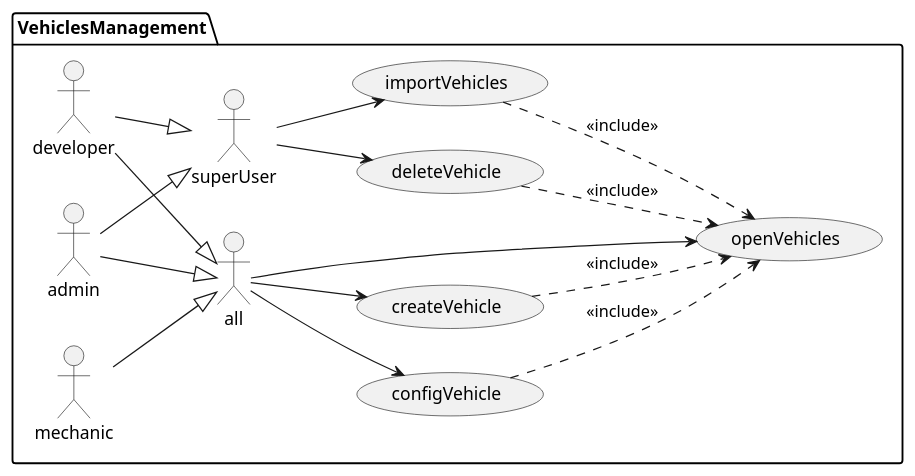
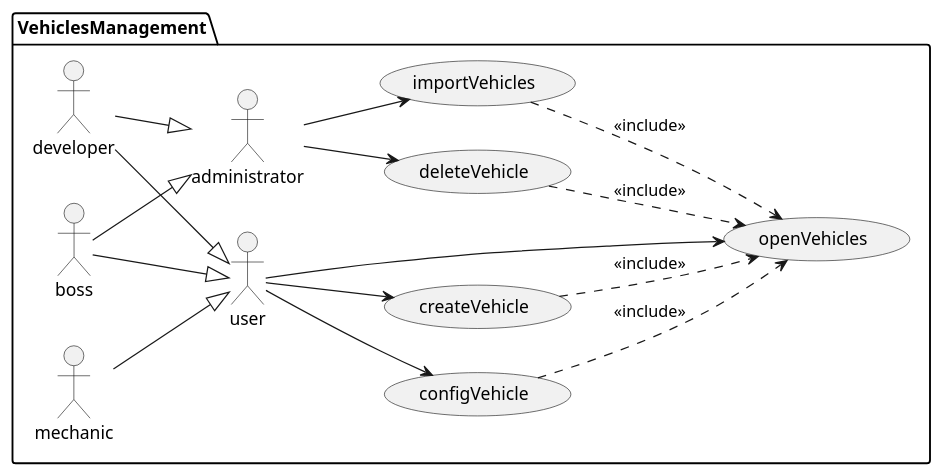
One commit to Ruskab/agrimManager changed the diagram in documentation/1usecasesview/usecases/puml/vehicleUsecases.puml. Above: the diagram before and after it, drawn with PlantUML. The commit also changed 20 other files, not shown here.

```diff
--- a/documentation/1usecasesview/usecases/puml/vehicleUsecases.puml
+++ b/documentation/1usecasesview/usecases/puml/vehicleUsecases.puml
@@ -1,26 +1,26 @@
 @startuml
 
 left to right direction
 
 
 package VehiclesManagement {
-:mechanic: --|> :all:
-:admin: --|> :all:
-:developer: --|> :all:
+:mechanic: --|> :user:
+:boss: --|> :user:
+:developer: --|> :user:
 
-:admin: --|> :superUser:
-:developer: --|> :superUser:
+:boss: --|> :administrator:
+:developer: --|> :administrator:
 
-:all: --> (createVehicle)
+:user: --> (createVehicle)
 (createVehicle) ..> (openVehicles) :<<include>>
-:all: --> (configVehicle)
+:user: --> (configVehicle)
 (configVehicle) ..> (openVehicles) : <<include>>
-:superUser: --> (deleteVehicle)
+:administrator: --> (deleteVehicle)
 (deleteVehicle) ..> (openVehicles) : <<include>>
-:superUser: --> (importVehicles)
-:all: --> (openVehicles)
+:administrator: --> (importVehicles)
+:user: --> (openVehicles)
 (importVehicles) ..> (openVehicles) : <<include>>
 
 }
 
 @enduml
```
